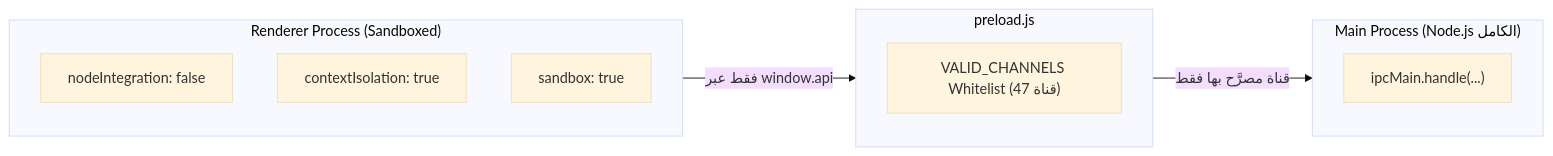
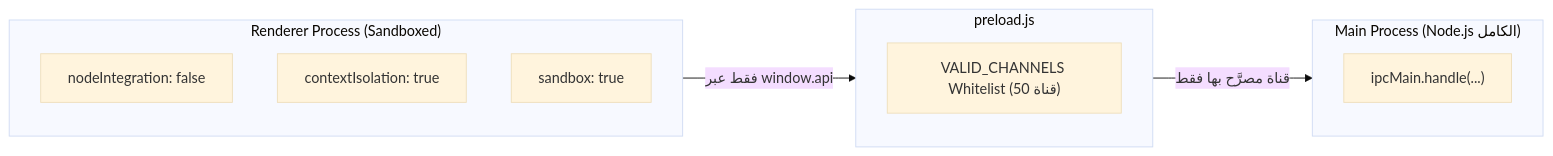
Before and after one commit to sajadmssa/Holidays: the third of 3 diagrams in docs/ARCHITECTURE.md, drawn with Mermaid (base theme). The commit also changed other lines of this file and 6 other files, not shown here.

````diff
--- a/docs/ARCHITECTURE.md
+++ b/docs/ARCHITECTURE.md
@@ -235,17 +235,17 @@
 ```mermaid
 flowchart LR
     subgraph Renderer["Renderer Process (Sandboxed)"]
         direction TB
         R1["nodeIntegration: false"]
         R2["contextIsolation: true"]
         R3["sandbox: true"]
     end
     subgraph Bridge["preload.js"]
-        W["VALID_CHANNELS Whitelist (47 قناة)"]
+        W["VALID_CHANNELS Whitelist (50 قناة)"]
     end
     subgraph Main["Main Process (Node.js الكامل)"]
         M["ipcMain.handle(...)"]
     end
     Renderer -->|"فقط عبر window.api"| Bridge
     Bridge -->|"قناة مصرَّح بها فقط"| Main
 ```
````
